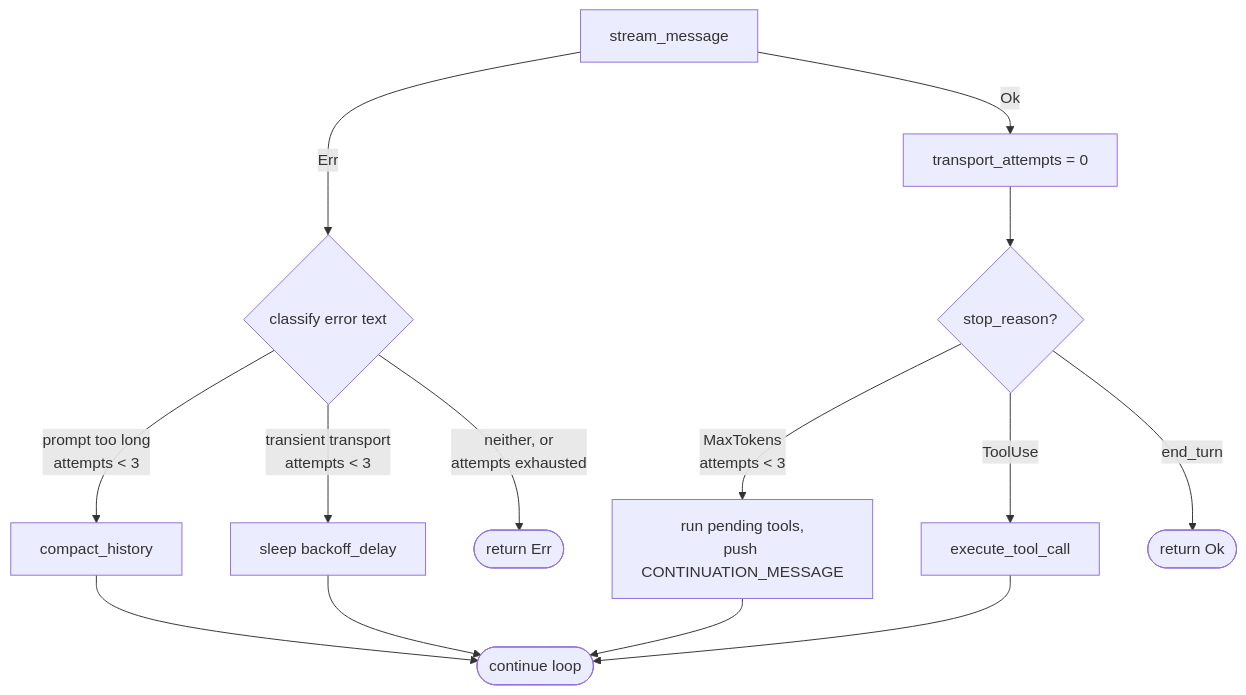
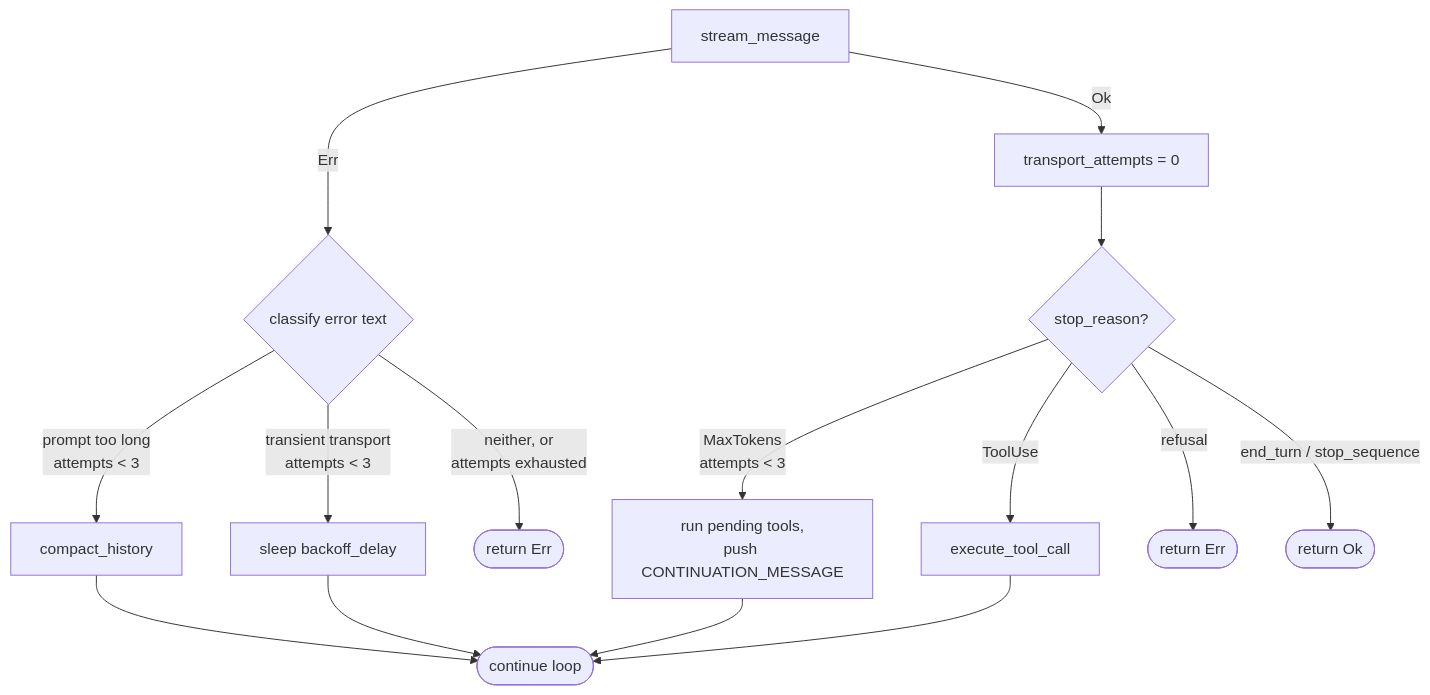
One commit to rust-infra/tact changed the diagram in book/06_chapter_recovery.md. Above: the diagram before and after it, drawn with Mermaid. The commit also changed 16 other files, not shown here.

````diff
--- a/book/06_chapter_recovery.md
+++ b/book/06_chapter_recovery.md
@@ -98,20 +98,21 @@
 ```mermaid
 flowchart TB
     Send[stream_message] -->|Ok| Reset[transport_attempts = 0]
     Send -->|Err| Classify{classify error text}
 
     Classify -->|prompt too long<br/>attempts < 3| Compact[compact_history]
     Compact --> Retry([continue loop])
 
     Classify -->|transient transport<br/>attempts < 3| Sleep[sleep backoff_delay]
     Sleep --> Retry
 
     Classify -->|neither, or<br/>attempts exhausted| Fail([return Err])
 
     Reset --> Stop{stop_reason?}
     Stop -->|MaxTokens<br/>attempts < 3| Cont[run pending tools,<br/>push CONTINUATION_MESSAGE]
     Cont --> Retry
     Stop -->|ToolUse| Tools[execute_tool_call]
     Tools --> Retry
-    Stop -->|end_turn| Done([return Ok])
+    Stop -->|refusal| Refuse([return Err])
+    Stop -->|end_turn / stop_sequence| Done([return Ok])
 ```
````
